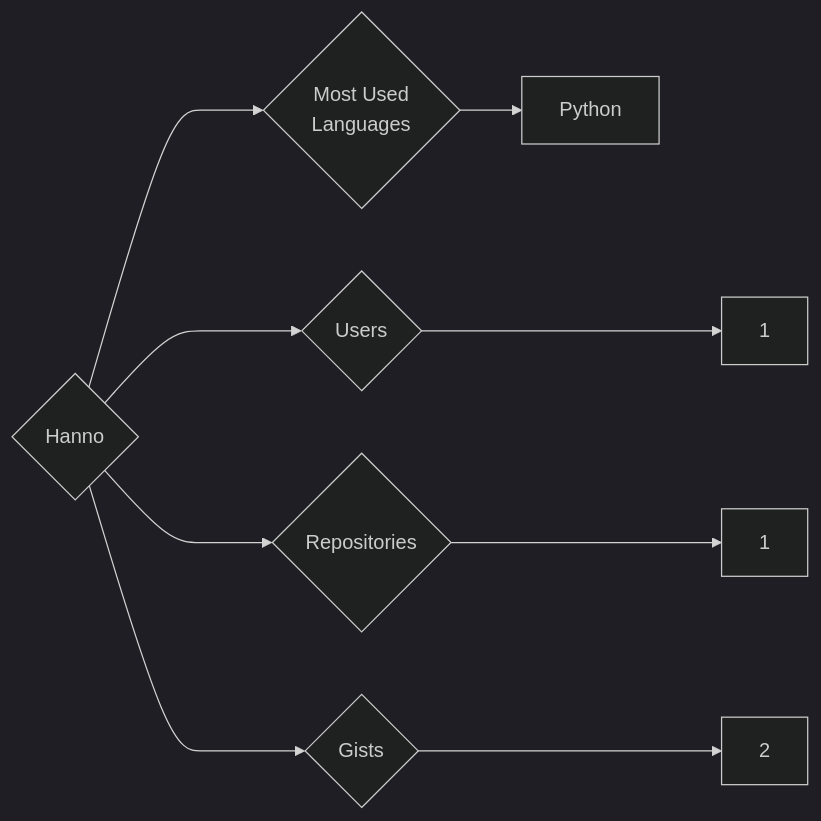
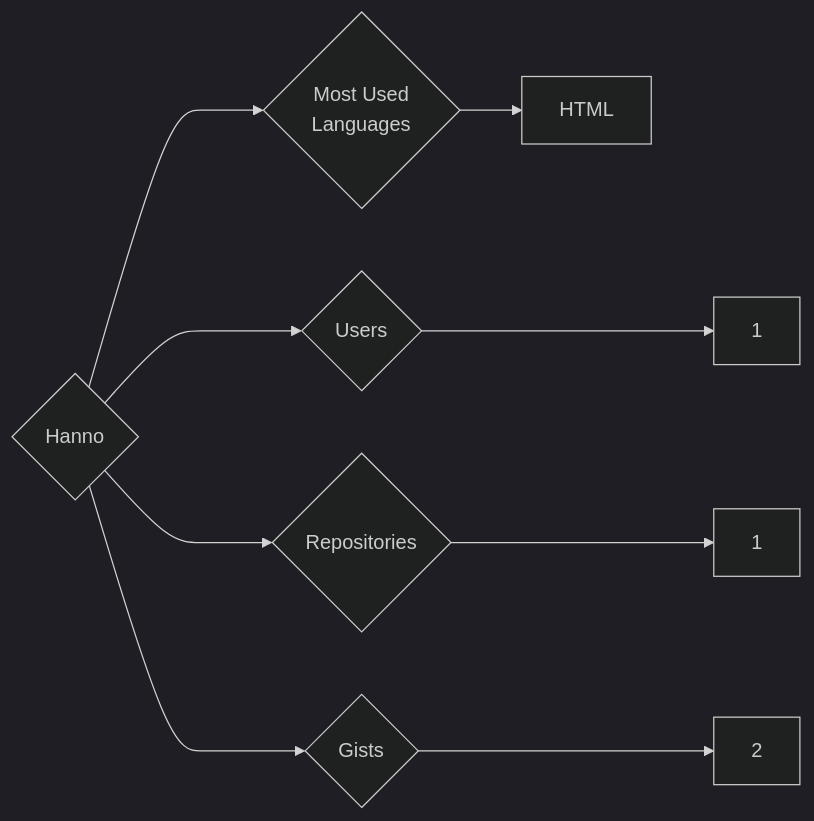
Before and after one commit to trickest/insiders: the diagram in targets/Hanno/README.md, drawn with Mermaid (dark theme). The commit also changed 699 other files, not shown here.

````diff
--- a/targets/Hanno/README.md
+++ b/targets/Hanno/README.md
@@ -3,9 +3,9 @@
 ```mermaid
 graph LR
 COMPANY_NAME{Hanno}
 COMPANY_NAME ---> U{Users} ---> UN[1]
 COMPANY_NAME ---> R{Repositories} ---> RN[1]
 COMPANY_NAME ---> G{Gists} ---> GN[2]
 COMPANY_NAME ---> ML{Most Used<br>Languages}
-ML --> Python[Python]
+ML --> HTML[HTML]
 ```
````
